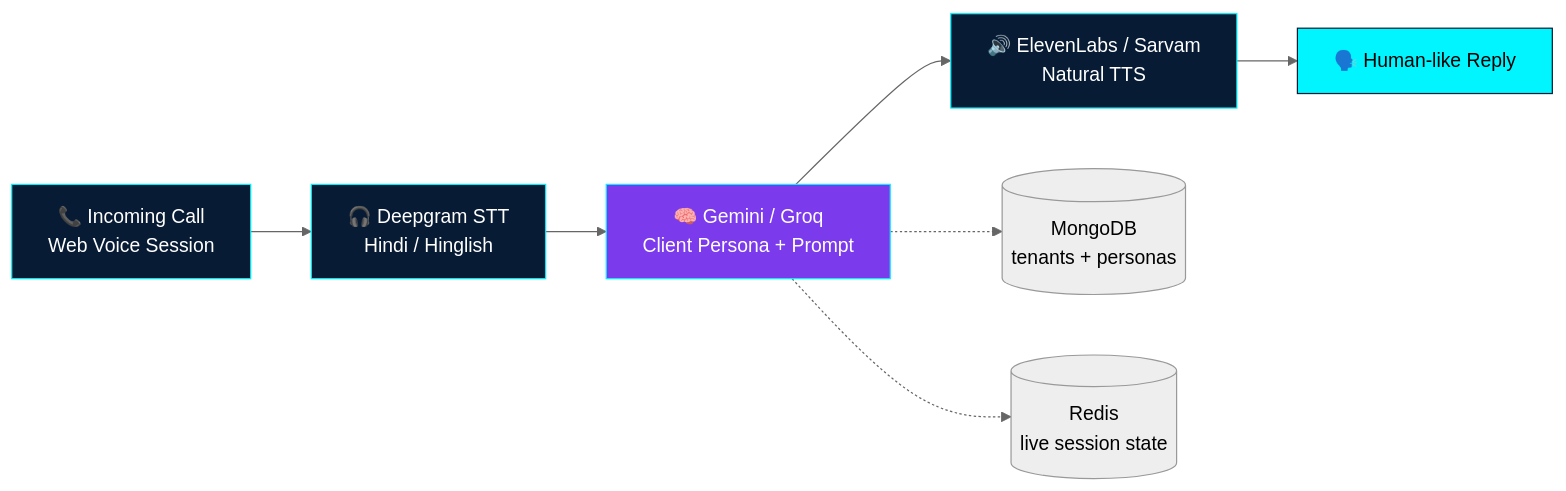
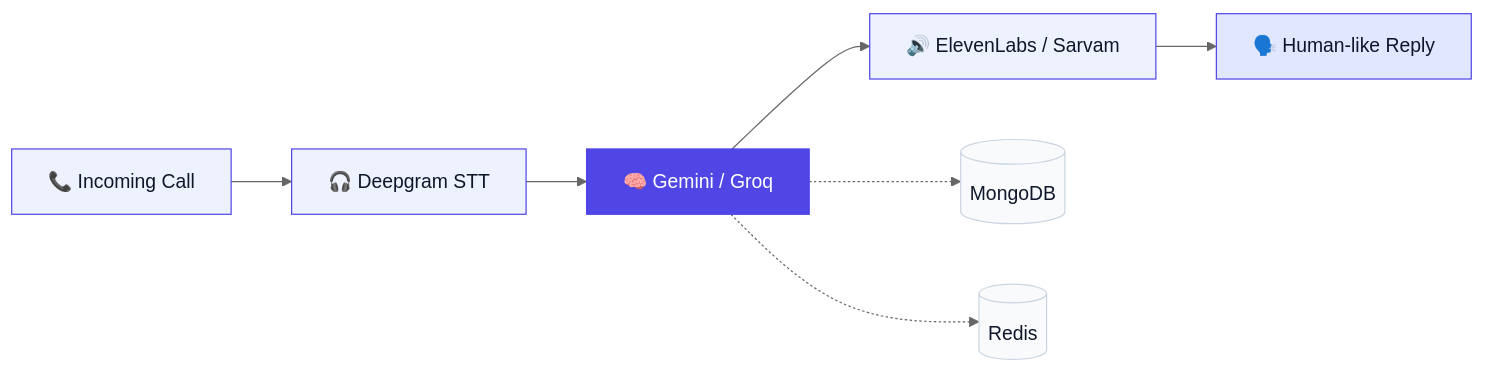
One commit to KhushalYadav535/KhushalYadav535 changed the diagram in README.md. Above: the diagram before and after it, drawn with Mermaid (neutral theme). The commit also changed other lines of this file, not shown here.

````diff
--- a/README.md
+++ b/README.md
@@ -127,14 +64,16 @@
 ```mermaid
 graph LR
-  A[📞 Incoming Call<br/>Web Voice Session] --> B[🎧 Deepgram STT<br/>Hindi / Hinglish]
-  B --> C[🧠 Gemini / Groq<br/>Client Persona + Prompt]
-  C --> D[🔊 ElevenLabs / Sarvam<br/>Natural TTS]
+  A[📞 Incoming Call] --> B[🎧 Deepgram STT]
+  B --> C[🧠 Gemini / Groq]
+  C --> D[🔊 ElevenLabs / Sarvam]
   D --> E[🗣️ Human-like Reply]
-  C -.-> F[(MongoDB<br/>tenants + personas)]
-  C -.-> G[(Redis<br/>live session state)]
-  style A fill:#071B34,stroke:#00F5FF,color:#fff
-  style B fill:#071B34,stroke:#00F5FF,color:#fff
-  style C fill:#7C3AED,stroke:#00F5FF,color:#fff
-  style D fill:#071B34,stroke:#00F5FF,color:#fff
-  style E fill:#00F5FF,stroke:#071B34,color:#000
+  C -.-> F[(MongoDB)]
+  C -.-> G[(Redis)]
+  style A fill:#EEF2FF,stroke:#4F46E5,color:#0F172A
+  style B fill:#EEF2FF,stroke:#4F46E5,color:#0F172A
+  style C fill:#4F46E5,stroke:#4F46E5,color:#FFFFFF
+  style D fill:#EEF2FF,stroke:#4F46E5,color:#0F172A
+  style E fill:#E0E7FF,stroke:#4F46E5,color:#0F172A
+  style F fill:#F8FAFC,stroke:#CBD5E1,color:#0F172A
+  style G fill:#F8FAFC,stroke:#CBD5E1,color:#0F172A
 ```
````
